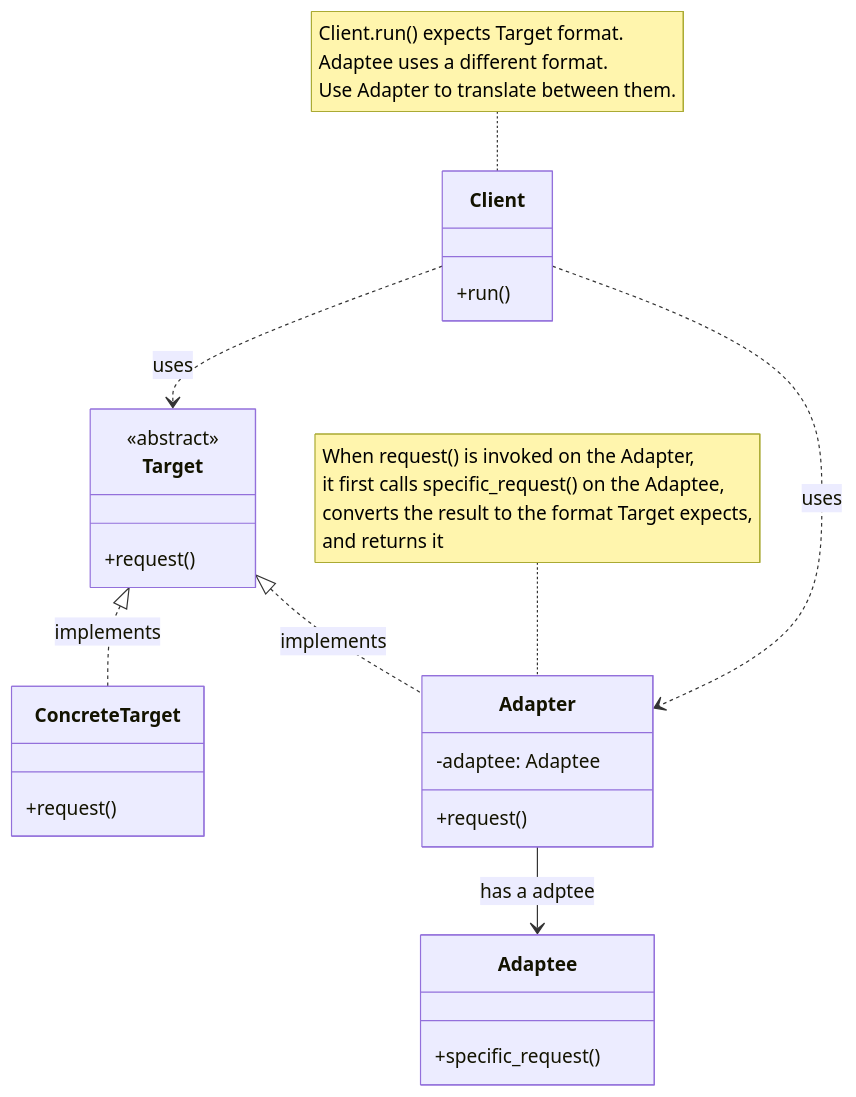
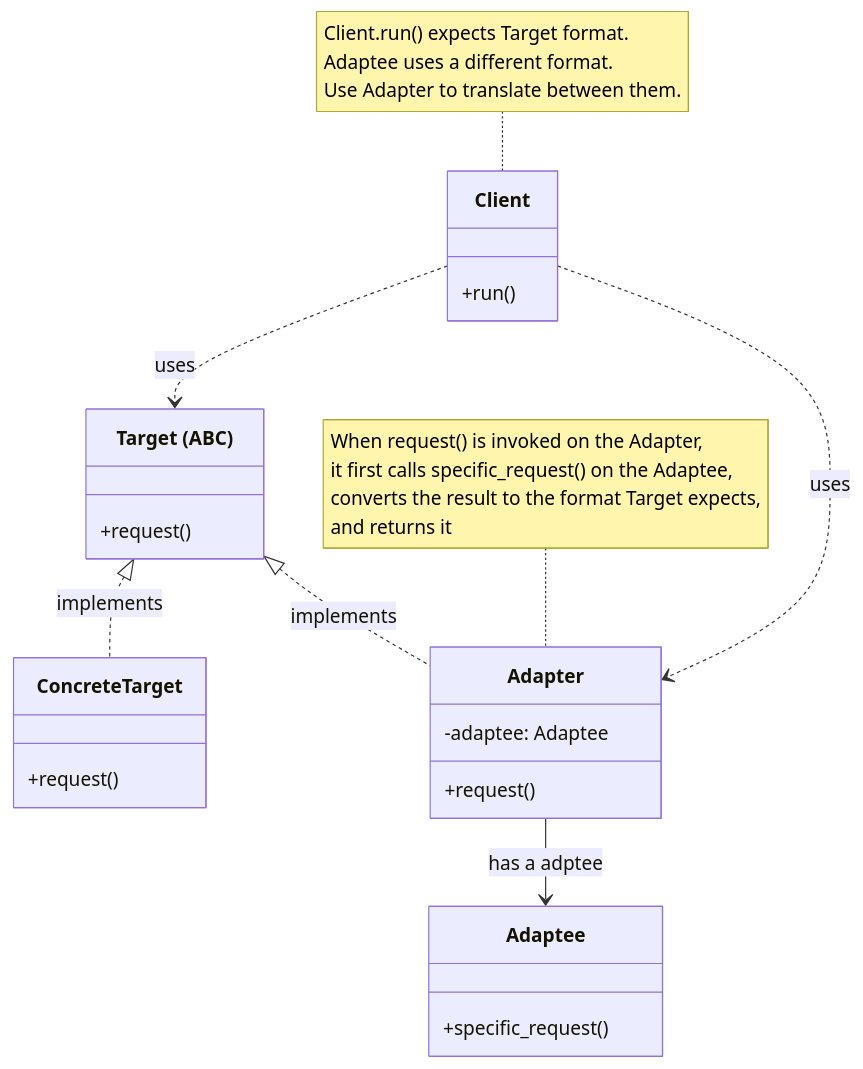
Before and after one commit to arunnambyar/tutorials: the first of 2 diagrams in design_patterns/docs/1500_adapter.md, drawn with Mermaid. The commit also changed 13 other files, not shown here.

````diff
--- a/design_patterns/docs/1500_adapter.md
+++ b/design_patterns/docs/1500_adapter.md
@@ -30,34 +30,33 @@
 ```mermaid
 classDiagram
     direction TB
 
-    class Target {
-        <<abstract>>
+    class Target["Target (ABC)"] {
         +request()
     }
     class ConcreteTarget {
         +request()
     }
 
     class Adaptee {
         +specific_request()
     }
     class Adapter {
         -adaptee: Adaptee
         +request()
     }
 
     class Client {
         +run()
     }
 
     Client ..> Target : uses
     Client ..> Adapter: uses
     Target <|.. ConcreteTarget : implements
     Target <|.. Adapter : implements
     Adapter --> Adaptee : has a adptee
 
     note for Adapter "When request() is invoked on the Adapter,<br/> it first calls specific_request() on the Adaptee,<br/> converts the result to the format Target expects,<br/> and returns it"
 
     note for Client "Client.run() expects Target format.<br/>Adaptee uses a different format.<br/>Use Adapter to translate between them."
 ```
````
